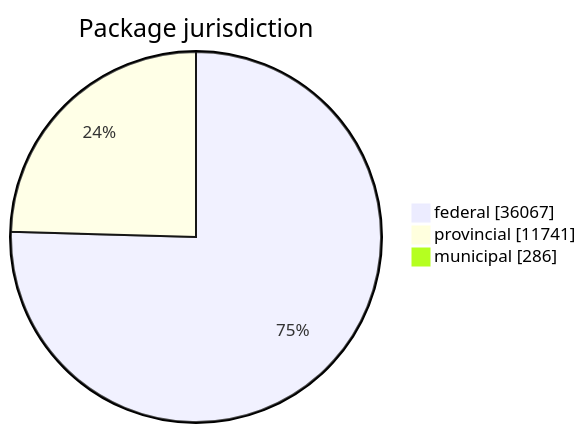
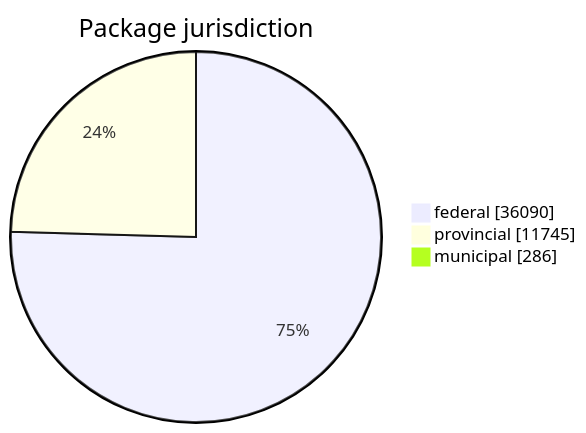
The first of 5 diagrams in FreshCheck/README.md (open-data/analytics-corporate-reporting), drawn with Mermaid before and after one commit. The commit also changed other lines of this file and 3 other files, not shown here.

````diff
--- a/FreshCheck/README.md
+++ b/FreshCheck/README.md
@@ -60,6 +60,6 @@
 ```mermaid
 pie showData title Package jurisdiction
-    "federal": 36067
-    "provincial": 11741
+    "federal": 36090
+    "provincial": 11745
     "municipal": 286
 ```
````
